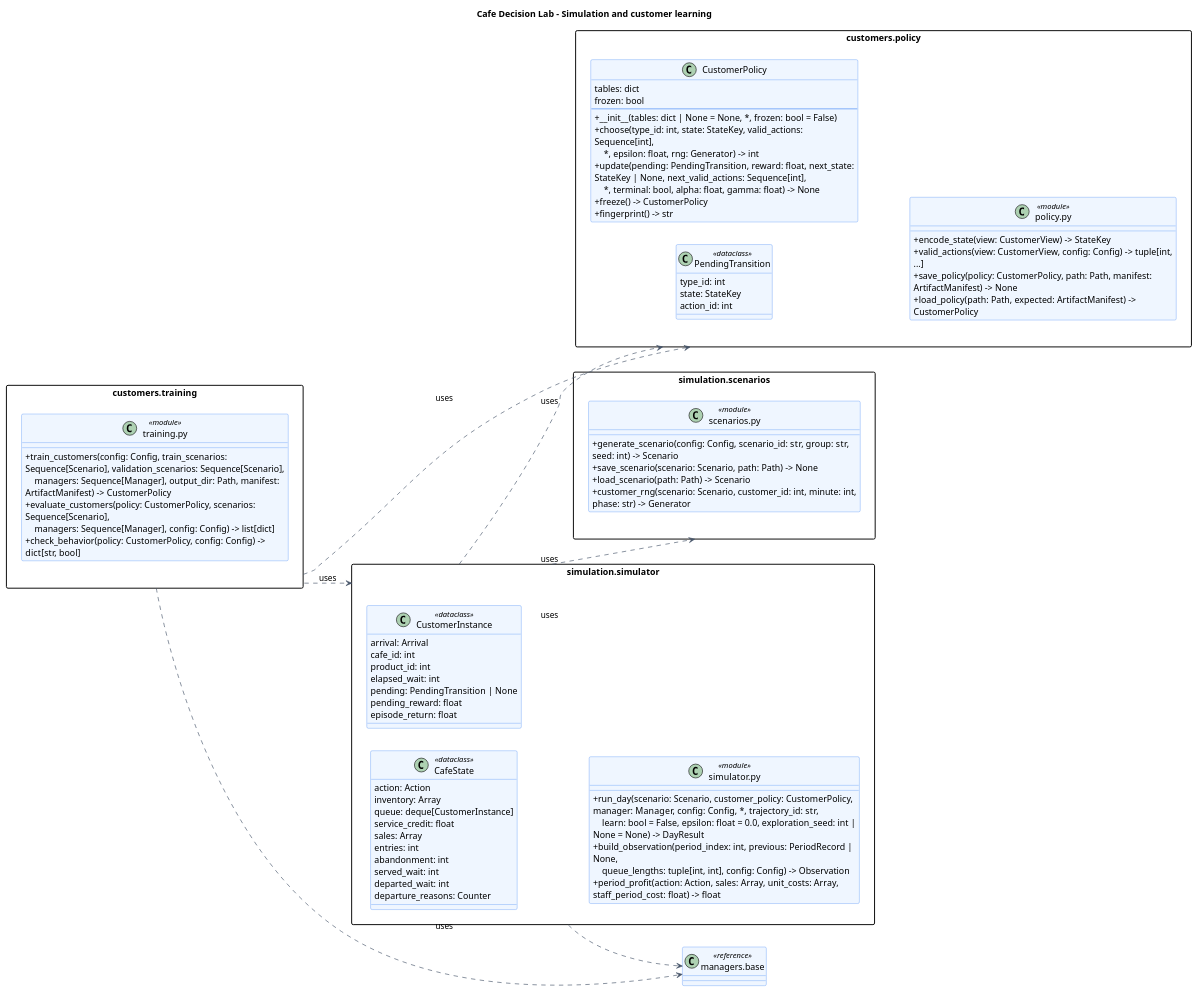
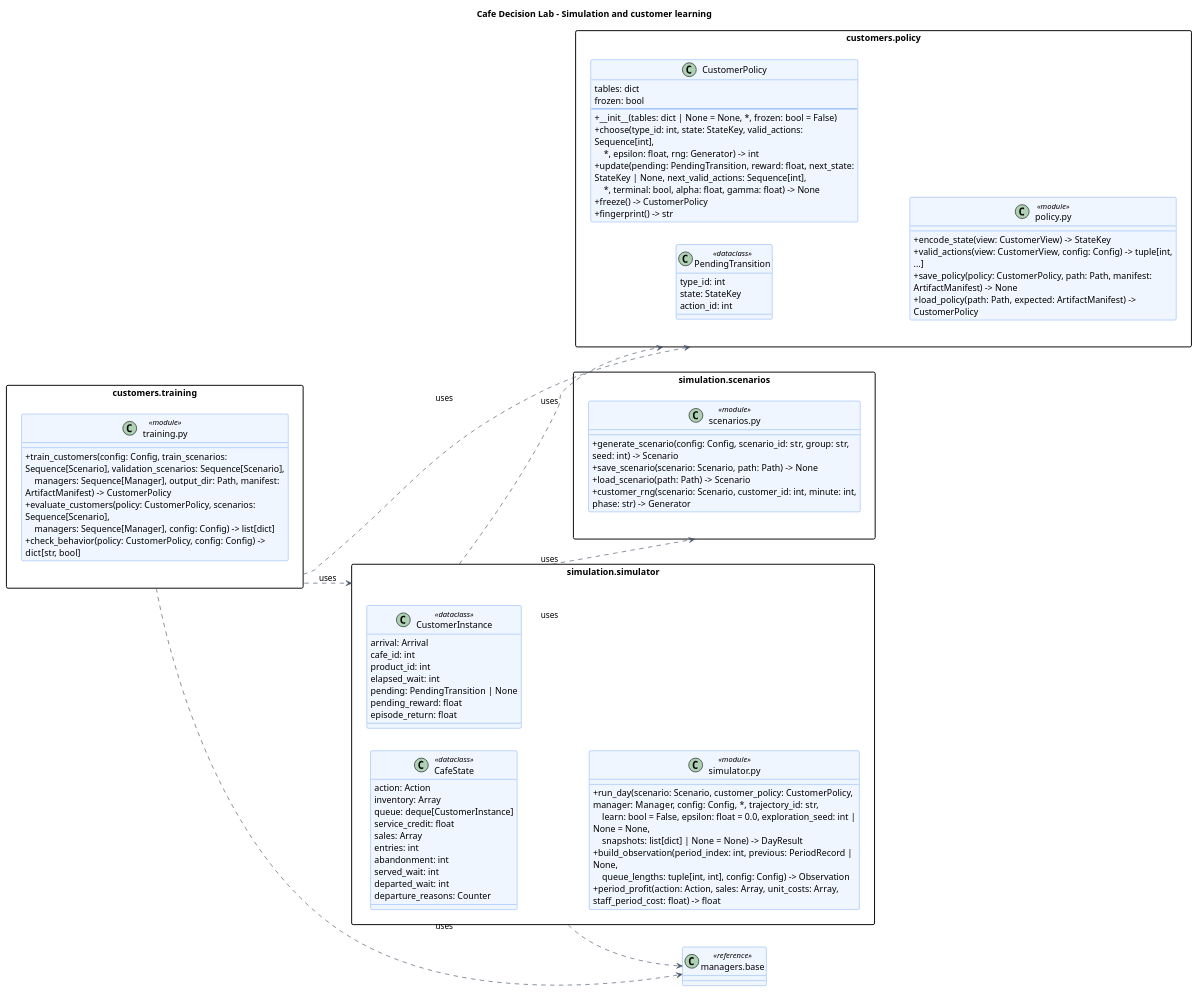
Before and after one commit to enzo-dosanjos/cafe-decision-lab: the diagram in docs/architecture/diagrams/src/simulation_api.puml, drawn with PlantUML. The commit also changed 18 other files, not shown here.

```diff
--- a/docs/architecture/diagrams/src/simulation_api.puml
+++ b/docs/architecture/diagrams/src/simulation_api.puml
@@ -1,86 +1,86 @@
 @startuml simulation_api
 title Cafe Decision Lab - Simulation and customer learning
 left to right direction
 skinparam shadowing false
 skinparam defaultFontName SansSerif
 skinparam classAttributeIconSize 0
 skinparam packageStyle rectangle
 skinparam classBackgroundColor #EFF6FF
 skinparam classBorderColor #3B82F6
 skinparam ArrowColor #475569
 skinparam wrapWidth 420
 
 package "simulation.scenarios" as pkg_simulation_scenarios {
 class "scenarios.py" as simulation_scenarios_functions <<module>> {
   + generate_scenario(config: Config, scenario_id: str, group: str, seed: int) -> Scenario
   + save_scenario(scenario: Scenario, path: Path) -> None
   + load_scenario(path: Path) -> Scenario
   + customer_rng(scenario: Scenario, customer_id: int, minute: int, phase: str) -> Generator
 }
 }
 package "simulation.simulator" as pkg_simulation_simulator {
 class "CafeState" as simulation_simulator_CafeState <<dataclass>> {
   action: Action
   inventory: Array
   queue: deque[CustomerInstance]
   service_credit: float
   sales: Array
   entries: int
   abandonment: int
   served_wait: int
   departed_wait: int
   departure_reasons: Counter
 }
 class "CustomerInstance" as simulation_simulator_CustomerInstance <<dataclass>> {
   arrival: Arrival
   cafe_id: int
   product_id: int
   elapsed_wait: int
   pending: PendingTransition | None
   pending_reward: float
   episode_return: float
 }
 class "simulator.py" as simulation_simulator_functions <<module>> {
-  + run_day(scenario: Scenario, customer_policy: CustomerPolicy, manager: Manager, config: Config, *, trajectory_id: str,\n    learn: bool = False, epsilon: float = 0.0, exploration_seed: int | None = None) -> DayResult
+  + run_day(scenario: Scenario, customer_policy: CustomerPolicy, manager: Manager, config: Config, *, trajectory_id: str,\n    learn: bool = False, epsilon: float = 0.0, exploration_seed: int | None = None,\n    snapshots: list[dict] | None = None) -> DayResult
   + build_observation(period_index: int, previous: PeriodRecord | None,\n    queue_lengths: tuple[int, int], config: Config) -> Observation
   + period_profit(action: Action, sales: Array, unit_costs: Array, staff_period_cost: float) -> float
 }
 }
 package "customers.policy" as pkg_customers_policy {
 class "PendingTransition" as customers_policy_PendingTransition <<dataclass>> {
   type_id: int
   state: StateKey
   action_id: int
 }
 class "CustomerPolicy" as customers_policy_CustomerPolicy {
   tables: dict
   frozen: bool
   --
   + __init__(tables: dict | None = None, *, frozen: bool = False)
   + choose(type_id: int, state: StateKey, valid_actions: Sequence[int],\n    *, epsilon: float, rng: Generator) -> int
   + update(pending: PendingTransition, reward: float, next_state: StateKey | None, next_valid_actions: Sequence[int],\n    *, terminal: bool, alpha: float, gamma: float) -> None
   + freeze() -> CustomerPolicy
   + fingerprint() -> str
 }
 class "policy.py" as customers_policy_functions <<module>> {
   + encode_state(view: CustomerView) -> StateKey
   + valid_actions(view: CustomerView, config: Config) -> tuple[int, ...]
   + save_policy(policy: CustomerPolicy, path: Path, manifest: ArtifactManifest) -> None
   + load_policy(path: Path, expected: ArtifactManifest) -> CustomerPolicy
 }
 }
 package "customers.training" as pkg_customers_training {
 class "training.py" as customers_training_functions <<module>> {
   + train_customers(config: Config, train_scenarios: Sequence[Scenario], validation_scenarios: Sequence[Scenario],\n    managers: Sequence[Manager], output_dir: Path, manifest: ArtifactManifest) -> CustomerPolicy
   + evaluate_customers(policy: CustomerPolicy, scenarios: Sequence[Scenario],\n    managers: Sequence[Manager], config: Config) -> list[dict]
   + check_behavior(policy: CustomerPolicy, config: Config) -> dict[str, bool]
 }
 }
 class "managers.base" as ref_managers_base <<reference>>
 pkg_simulation_simulator ..> pkg_simulation_scenarios : uses
 pkg_simulation_simulator ..> pkg_customers_policy : uses
 pkg_simulation_simulator ..> ref_managers_base : uses
 pkg_customers_training ..> pkg_customers_policy : uses
 pkg_customers_training ..> pkg_simulation_simulator : uses
 pkg_customers_training ..> ref_managers_base : uses
 @enduml
```
